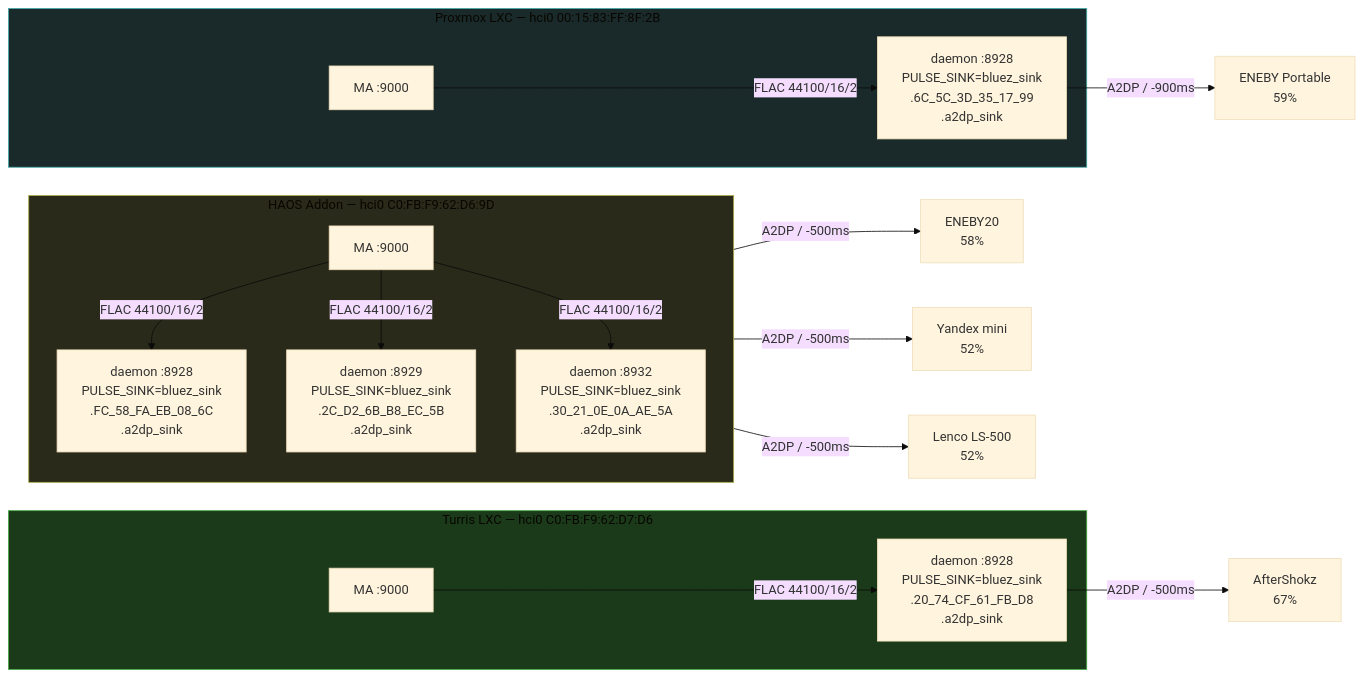
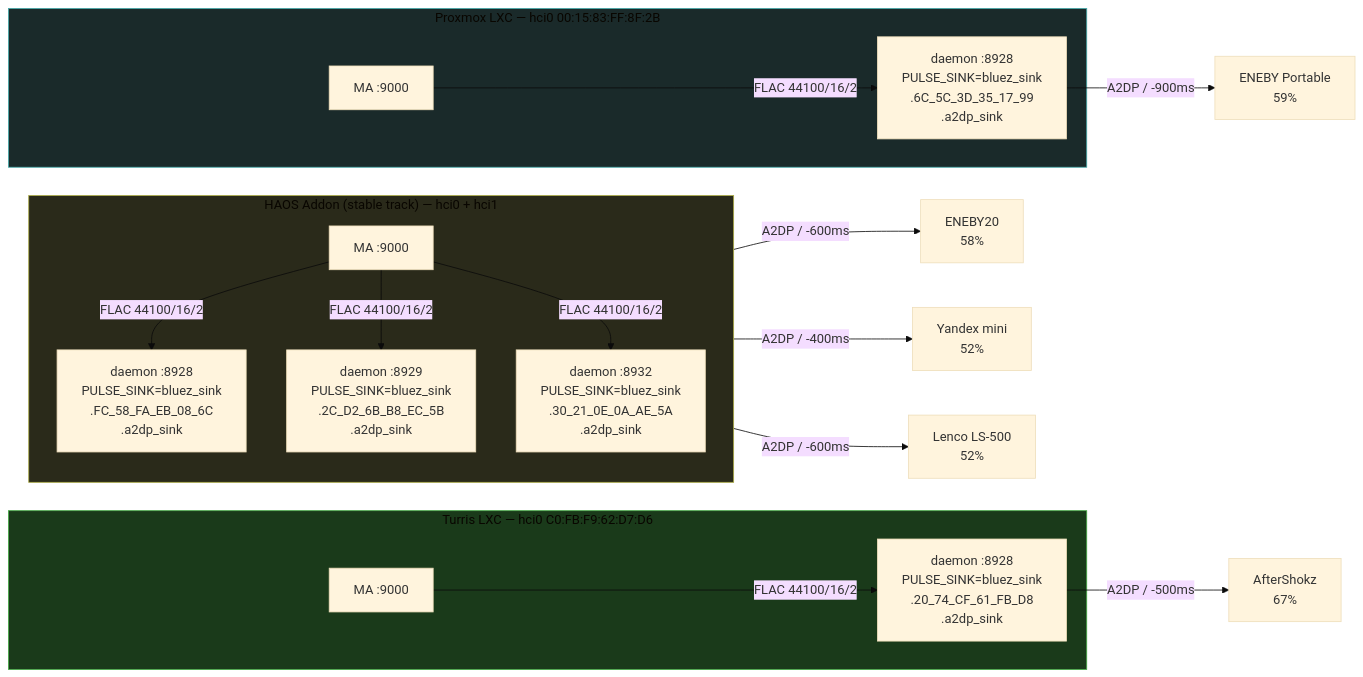
Before and after one commit to trudenboy/sendspin-bt-bridge: the second of 3 diagrams in docs-site/src/content/docs/ru/test-stand.md, drawn with Mermaid (base theme). The commit also changed other lines of this file and 49 other files, not shown here.

````diff
--- a/docs-site/src/content/docs/ru/test-stand.md
+++ b/docs-site/src/content/docs/ru/test-stand.md
@@ -89,27 +91,27 @@
 ```mermaid
 graph LR
-    subgraph haos_bridge["HAOS Addon — hci0 C0:FB:F9:62:D6:9D"]
+    subgraph haos_bridge["HAOS Addon (stable track) — hci0 + hci1"]
         direction TB
         H_MA["MA :9000"] -->|FLAC 44100/16/2| H_D1["daemon :8928<br/>PULSE_SINK=bluez_sink<br/>.FC_58_FA_EB_08_6C<br/>.a2dp_sink"]
         H_MA -->|FLAC 44100/16/2| H_D2["daemon :8929<br/>PULSE_SINK=bluez_sink<br/>.2C_D2_6B_B8_EC_5B<br/>.a2dp_sink"]
         H_MA -->|FLAC 44100/16/2| H_D3["daemon :8932<br/>PULSE_SINK=bluez_sink<br/>.30_21_0E_0A_AE_5A<br/>.a2dp_sink"]
     end
 
     subgraph proxmox_bridge["Proxmox LXC — hci0 00:15:83:FF:8F:2B"]
         P_MA["MA :9000"] -->|FLAC 44100/16/2| P_D1["daemon :8928<br/>PULSE_SINK=bluez_sink<br/>.6C_5C_3D_35_17_99<br/>.a2dp_sink"]
     end
 
     subgraph turris_bridge["Turris LXC — hci0 C0:FB:F9:62:D7:D6"]
         T_MA["MA :9000"] -->|FLAC 44100/16/2| T_D1["daemon :8928<br/>PULSE_SINK=bluez_sink<br/>.20_74_CF_61_FB_D8<br/>.a2dp_sink"]
     end
 
-    H_D1 -->|"A2DP / -500ms"| S1["ENEBY20<br/>58%"]
-    H_D2 -->|"A2DP / -500ms"| S2["Yandex mini<br/>52%"]
-    H_D3 -->|"A2DP / -500ms"| S3["Lenco LS-500<br/>52%"]
+    H_D1 -->|"A2DP / -600ms"| S1["ENEBY20<br/>58%"]
+    H_D2 -->|"A2DP / -400ms"| S2["Yandex mini<br/>52%"]
+    H_D3 -->|"A2DP / -600ms"| S3["Lenco LS-500<br/>52%"]
     P_D1 -->|"A2DP / -900ms"| S4["ENEBY Portable<br/>59%"]
     T_D1 -->|"A2DP / -500ms"| S5["AfterShokz<br/>67%"]
 
     style haos_bridge fill:#2a2a1a,stroke:#aa4
     style proxmox_bridge fill:#1a2a2a,stroke:#4aa
     style turris_bridge fill:#1a3a1a,stroke:#4a4
 ```
````
